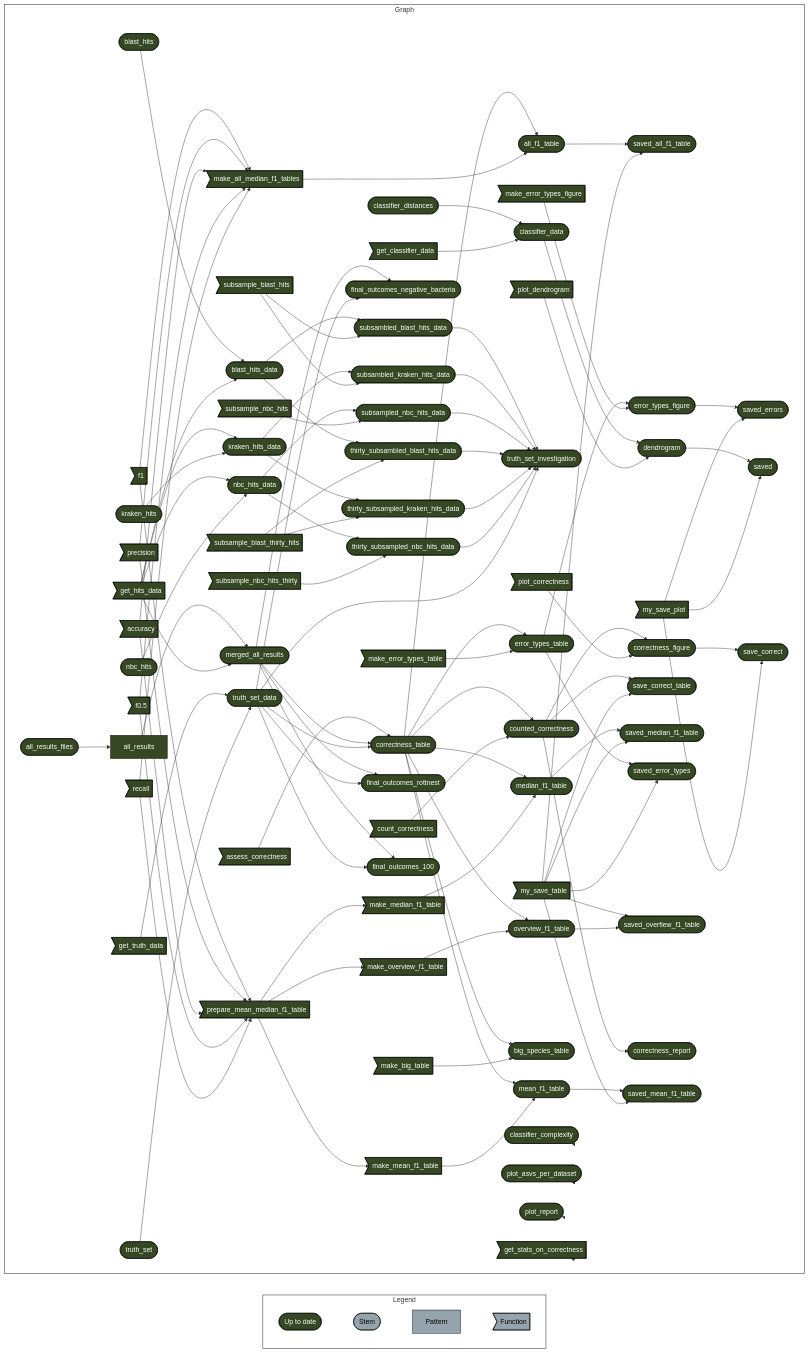
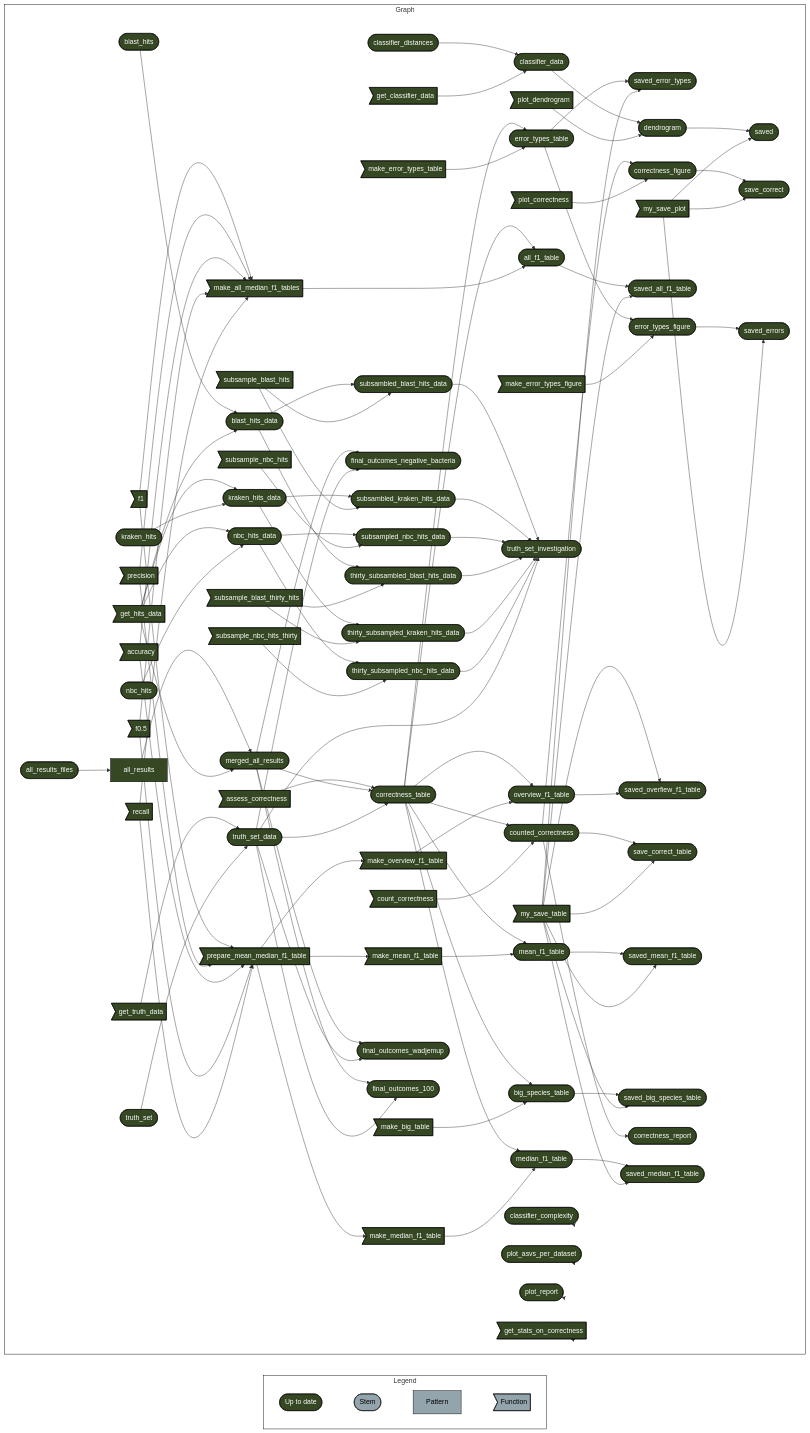
The diagram in README.md (Computational-Biology-OceanOmics/OceanOmics-classifier-comparison), drawn with Mermaid before and after one commit. The commit also changed 2 other files, not shown here.

Commit message:
Update META; rerun pipeline once

````diff
--- a/README.md
+++ b/README.md
@@ -88,29 +88,30 @@
     x226a5ee01d1e3334>"prepare_mean_median_f1_table"]:::uptodate --> xa437480d714ce9cc>"make_median_f1_table"]:::uptodate
     x226a5ee01d1e3334>"prepare_mean_median_f1_table"]:::uptodate --> xe200c5d5f45846d3>"make_overview_f1_table"]:::uptodate
     x226a5ee01d1e3334>"prepare_mean_median_f1_table"]:::uptodate --> xa8d8eda9356629b2>"make_mean_f1_table"]:::uptodate
+    x5f73e2549f58db1c(["correctness_table"]):::uptodate --> x70622bc5282148b6(["median_f1_table"]):::uptodate
+    xa437480d714ce9cc>"make_median_f1_table"]:::uptodate --> x70622bc5282148b6(["median_f1_table"]):::uptodate
+    x4c833e115353960c(["error_types_table"]):::uptodate --> xcc0a806ae560c099(["saved_error_types"]):::uptodate
+    x7c6dfc5f483b8518>"my_save_table"]:::uptodate --> xcc0a806ae560c099(["saved_error_types"]):::uptodate
+    x5f73e2549f58db1c(["correctness_table"]):::uptodate --> xdd2be6b5e9cf648e(["all_f1_table"]):::uptodate
+    xcb93849922a59cf2>"make_all_median_f1_tables"]:::uptodate --> xdd2be6b5e9cf648e(["all_f1_table"]):::uptodate
+    x4c833e115353960c(["error_types_table"]):::uptodate --> xca66a2548aec4c6b(["error_types_figure"]):::uptodate
+    x5b31c06096fd55a4>"make_error_types_figure"]:::uptodate --> xca66a2548aec4c6b(["error_types_figure"]):::uptodate
+    x42612793169637e0(["nbc_hits_data"]):::uptodate --> x25ebbc9fc53b1418(["thirty_subsampled_nbc_hits_data"]):::uptodate
+    x476c8f557e2b0910>"subsample_nbc_hits_thirty"]:::uptodate --> x25ebbc9fc53b1418(["thirty_subsampled_nbc_hits_data"]):::uptodate
     x92e63fc22641faa5(["merged_all_results"]):::uptodate --> xf37c16a7303abc16(["final_outcomes_negative_bacteria"]):::uptodate
     xbdd42ceae2a54d2c(["truth_set_data"]):::uptodate --> xf37c16a7303abc16(["final_outcomes_negative_bacteria"]):::uptodate
-    xf2c68c9c4c5bbbc3(["classifier_distances"]):::uptodate --> x4cbe0500373226c1(["classifier_data"]):::uptodate
-    x8279777903f3f13d>"get_classifier_data"]:::uptodate --> x4cbe0500373226c1(["classifier_data"]):::uptodate
-    xe9d8f2de59f79fa1(["blast_hits_data"]):::uptodate --> xf80ecf3117225a62(["thirty_subsambled_blast_hits_data"]):::uptodate
-    x1f8a2aa3facf1873>"subsample_blast_thirty_hits"]:::uptodate --> xf80ecf3117225a62(["thirty_subsambled_blast_hits_data"]):::uptodate
-    x5f73e2549f58db1c(["correctness_table"]):::uptodate --> xdd2be6b5e9cf648e(["all_f1_table"]):::uptodate
-    xcb93849922a59cf2>"make_all_median_f1_tables"]:::uptodate --> xdd2be6b5e9cf648e(["all_f1_table"]):::uptodate
     x42612793169637e0(["nbc_hits_data"]):::uptodate --> xcc0ae95627a4c782(["subsampled_nbc_hits_data"]):::uptodate
     x7cb45ddc20e499f4>"subsample_nbc_hits"]:::uptodate --> xcc0ae95627a4c782(["subsampled_nbc_hits_data"]):::uptodate
-    x837f996ab35491da>"get_hits_data"]:::uptodate --> x9024d58abea360f6(["kraken_hits_data"]):::uptodate
-    xc4cff7b61e825181(["kraken_hits"]):::uptodate --> x9024d58abea360f6(["kraken_hits_data"]):::uptodate
-    x5f73e2549f58db1c(["correctness_table"]):::uptodate --> x85e99da81e7f8576(["overview_f1_table"]):::uptodate
-    xe200c5d5f45846d3>"make_overview_f1_table"]:::uptodate --> x85e99da81e7f8576(["overview_f1_table"]):::uptodate
-    x9024d58abea360f6(["kraken_hits_data"]):::uptodate --> x9f533bb9ed6cc0bf(["thirty_subsampled_kraken_hits_data"]):::uptodate
-    x1f8a2aa3facf1873>"subsample_blast_thirty_hits"]:::uptodate --> x9f533bb9ed6cc0bf(["thirty_subsampled_kraken_hits_data"]):::uptodate
-    x62f627c2bcc7f4a3>"assess_correctness"]:::uptodate --> x5f73e2549f58db1c(["correctness_table"]):::uptodate
-    x92e63fc22641faa5(["merged_all_results"]):::uptodate --> x5f73e2549f58db1c(["correctness_table"]):::uptodate
-    xbdd42ceae2a54d2c(["truth_set_data"]):::uptodate --> x5f73e2549f58db1c(["correctness_table"]):::uptodate
+    x5f73e2549f58db1c(["correctness_table"]):::uptodate --> x6b25831f1b56a7e8(["big_species_table"]):::uptodate
+    xbb97e5fbae12b8d4>"make_big_table"]:::uptodate --> x6b25831f1b56a7e8(["big_species_table"]):::uptodate
+    x264c7e682ec442b2(["dendrogram"]):::uptodate --> xaf4a1b2829040c15(["saved"]):::uptodate
+    x063d54dad6ed438a>"my_save_plot"]:::uptodate --> xaf4a1b2829040c15(["saved"]):::uptodate
     xdd2be6b5e9cf648e(["all_f1_table"]):::uptodate --> x546082feab63db27(["saved_all_f1_table"]):::uptodate
     x7c6dfc5f483b8518>"my_save_table"]:::uptodate --> x546082feab63db27(["saved_all_f1_table"]):::uptodate
-    x42612793169637e0(["nbc_hits_data"]):::uptodate --> x25ebbc9fc53b1418(["thirty_subsampled_nbc_hits_data"]):::uptodate
-    x476c8f557e2b0910>"subsample_nbc_hits_thirty"]:::uptodate --> x25ebbc9fc53b1418(["thirty_subsampled_nbc_hits_data"]):::uptodate
+    x9024d58abea360f6(["kraken_hits_data"]):::uptodate --> xc4269aa5995e6a3f(["subsambled_kraken_hits_data"]):::uptodate
+    xa731a5475c946be2>"subsample_blast_hits"]:::uptodate --> xc4269aa5995e6a3f(["subsambled_kraken_hits_data"]):::uptodate
+    x5f73e2549f58db1c(["correctness_table"]):::uptodate --> x4c833e115353960c(["error_types_table"]):::uptodate
+    xb05f917768a3a00b>"make_error_types_table"]:::uptodate --> x4c833e115353960c(["error_types_table"]):::uptodate
     x7477a20106b865a4(["subsambled_blast_hits_data"]):::uptodate --> xc7b5a37005176fd4(["truth_set_investigation"]):::uptodate
     xc4269aa5995e6a3f(["subsambled_kraken_hits_data"]):::uptodate --> xc7b5a37005176fd4(["truth_set_investigation"]):::uptodate
     xcc0ae95627a4c782(["subsampled_nbc_hits_data"]):::uptodate --> xc7b5a37005176fd4(["truth_set_investigation"]):::uptodate
@@ -118,56 +119,57 @@
     x9f533bb9ed6cc0bf(["thirty_subsampled_kraken_hits_data"]):::uptodate --> xc7b5a37005176fd4(["truth_set_investigation"]):::uptodate
     x25ebbc9fc53b1418(["thirty_subsampled_nbc_hits_data"]):::uptodate --> xc7b5a37005176fd4(["truth_set_investigation"]):::uptodate
     xbdd42ceae2a54d2c(["truth_set_data"]):::uptodate --> xc7b5a37005176fd4(["truth_set_investigation"]):::uptodate
+    x8c50ad78daae7d7d(["correctness_figure"]):::uptodate --> x962124a214cc566f(["save_correct"]):::uptodate
+    x063d54dad6ed438a>"my_save_plot"]:::uptodate --> x962124a214cc566f(["save_correct"]):::uptodate
+    xf2c68c9c4c5bbbc3(["classifier_distances"]):::uptodate --> x4cbe0500373226c1(["classifier_data"]):::uptodate
+    x8279777903f3f13d>"get_classifier_data"]:::uptodate --> x4cbe0500373226c1(["classifier_data"]):::uptodate
     xca66a2548aec4c6b(["error_types_figure"]):::uptodate --> x10a7fb6eb6bfb12a(["saved_errors"]):::uptodate
     x063d54dad6ed438a>"my_save_plot"]:::uptodate --> x10a7fb6eb6bfb12a(["saved_errors"]):::uptodate
+    xc65a25d9d96e8f7c(["blast_hits"]):::uptodate --> xe9d8f2de59f79fa1(["blast_hits_data"]):::uptodate
+    x837f996ab35491da>"get_hits_data"]:::uptodate --> xe9d8f2de59f79fa1(["blast_hits_data"]):::uptodate
+    x837f996ab35491da>"get_hits_data"]:::uptodate --> x42612793169637e0(["nbc_hits_data"]):::uptodate
+    x5117ea88dbd5add2(["nbc_hits"]):::uptodate --> x42612793169637e0(["nbc_hits_data"]):::uptodate
+    x837f996ab35491da>"get_hits_data"]:::uptodate --> x9024d58abea360f6(["kraken_hits_data"]):::uptodate
+    xc4cff7b61e825181(["kraken_hits"]):::uptodate --> x9024d58abea360f6(["kraken_hits_data"]):::uptodate
+    x7c6dfc5f483b8518>"my_save_table"]:::uptodate --> xff3167e163a38079(["saved_overfiew_f1_table"]):::uptodate
+    x85e99da81e7f8576(["overview_f1_table"]):::uptodate --> xff3167e163a38079(["saved_overfiew_f1_table"]):::uptodate
+    x2ff9bf2efd8ea8fa(["all_results_files"]):::uptodate --> xa63f30966279f049["all_results"]:::uptodate
+    x0fe0b162e5f2d977(["counted_correctness"]):::uptodate --> x378df8f1e0d25e26(["save_correct_table"]):::uptodate
+    x7c6dfc5f483b8518>"my_save_table"]:::uptodate --> x378df8f1e0d25e26(["save_correct_table"]):::uptodate
+    x5f73e2549f58db1c(["correctness_table"]):::uptodate --> x0fe0b162e5f2d977(["counted_correctness"]):::uptodate
+    x057c70bd2d39499f>"count_correctness"]:::uptodate --> x0fe0b162e5f2d977(["counted_correctness"]):::uptodate
+    x5f73e2549f58db1c(["correctness_table"]):::uptodate --> xfa1577f5d32df900(["mean_f1_table"]):::uptodate
+    xa8d8eda9356629b2>"make_mean_f1_table"]:::uptodate --> xfa1577f5d32df900(["mean_f1_table"]):::uptodate
+    xa63f30966279f049["all_results"]:::uptodate --> x92e63fc22641faa5(["merged_all_results"]):::uptodate
+    x837f996ab35491da>"get_hits_data"]:::uptodate --> x92e63fc22641faa5(["merged_all_results"]):::uptodate
+    xfa1577f5d32df900(["mean_f1_table"]):::uptodate --> x9f2fe98d5fbf15c0(["saved_mean_f1_table"]):::uptodate
+    x7c6dfc5f483b8518>"my_save_table"]:::uptodate --> x9f2fe98d5fbf15c0(["saved_mean_f1_table"]):::uptodate
+    xe9d8f2de59f79fa1(["blast_hits_data"]):::uptodate --> xf80ecf3117225a62(["thirty_subsambled_blast_hits_data"]):::uptodate
+    x1f8a2aa3facf1873>"subsample_blast_thirty_hits"]:::uptodate --> xf80ecf3117225a62(["thirty_subsambled_blast_hits_data"]):::uptodate
+    x544a22aeaed1b2e4>"get_truth_data"]:::uptodate --> xbdd42ceae2a54d2c(["truth_set_data"]):::uptodate
+    x70199d3b1152e374(["truth_set"]):::uptodate --> xbdd42ceae2a54d2c(["truth_set_data"]):::uptodate
+    x5f73e2549f58db1c(["correctness_table"]):::uptodate --> x85e99da81e7f8576(["overview_f1_table"]):::uptodate
+    xe200c5d5f45846d3>"make_overview_f1_table"]:::uptodate --> x85e99da81e7f8576(["overview_f1_table"]):::uptodate
+    x92e63fc22641faa5(["merged_all_results"]):::uptodate --> xbbad7e56e1d5471e(["final_outcomes_wadjemup"]):::uptodate
+    xbdd42ceae2a54d2c(["truth_set_data"]):::uptodate --> xbbad7e56e1d5471e(["final_outcomes_wadjemup"]):::uptodate
     x0fe0b162e5f2d977(["counted_correctness"]):::uptodate --> x8c50ad78daae7d7d(["correctness_figure"]):::uptodate
     x5071aff9d46fc375>"plot_correctness"]:::uptodate --> x8c50ad78daae7d7d(["correctness_figure"]):::uptodate
-    xa63f30966279f049["all_results"]:::uptodate --> x92e63fc22641faa5(["merged_all_results"]):::uptodate
-    x837f996ab35491da>"get_hits_data"]:::uptodate --> x92e63fc22641faa5(["merged_all_results"]):::uptodate
-    x544a22aeaed1b2e4>"get_truth_data"]:::uptodate --> xbdd42ceae2a54d2c(["truth_set_data"]):::uptodate
-    x70199d3b1152e374(["truth_set"]):::uptodate --> xbdd42ceae2a54d2c(["truth_set_data"]):::uptodate
-    x264c7e682ec442b2(["dendrogram"]):::uptodate --> xaf4a1b2829040c15(["saved"]):::uptodate
-    x063d54dad6ed438a>"my_save_plot"]:::uptodate --> xaf4a1b2829040c15(["saved"]):::uptodate
-    x92e63fc22641faa5(["merged_all_results"]):::uptodate --> xb55a8ff957ab9650(["final_outcomes_rottnest"]):::uptodate
-    xbdd42ceae2a54d2c(["truth_set_data"]):::uptodate --> xb55a8ff957ab9650(["final_outcomes_rottnest"]):::uptodate
-    xc65a25d9d96e8f7c(["blast_hits"]):::uptodate --> xe9d8f2de59f79fa1(["blast_hits_data"]):::uptodate
-    x837f996ab35491da>"get_hits_data"]:::uptodate --> xe9d8f2de59f79fa1(["blast_hits_data"]):::uptodate
-    x0fe0b162e5f2d977(["counted_correctness"]):::uptodate --> x378df8f1e0d25e26(["save_correct_table"]):::uptodate
-    x7c6dfc5f483b8518>"my_save_table"]:::uptodate --> x378df8f1e0d25e26(["save_correct_table"]):::uptodate
+    x4cbe0500373226c1(["classifier_data"]):::uptodate --> x264c7e682ec442b2(["dendrogram"]):::uptodate
+    x994946b41121bfa6>"plot_dendrogram"]:::uptodate --> x264c7e682ec442b2(["dendrogram"]):::uptodate
+    x9024d58abea360f6(["kraken_hits_data"]):::uptodate --> x9f533bb9ed6cc0bf(["thirty_subsampled_kraken_hits_data"]):::uptodate
+    x1f8a2aa3facf1873>"subsample_blast_thirty_hits"]:::uptodate --> x9f533bb9ed6cc0bf(["thirty_subsampled_kraken_hits_data"]):::uptodate
+    x6b25831f1b56a7e8(["big_species_table"]):::uptodate --> x86b8e425760310c5(["saved_big_species_table"]):::uptodate
+    x7c6dfc5f483b8518>"my_save_table"]:::uptodate --> x86b8e425760310c5(["saved_big_species_table"]):::uptodate
+    x0fe0b162e5f2d977(["counted_correctness"]):::uptodate --> x74212a93ce53aa32(["correctness_report"]):::uptodate
+    x92e63fc22641faa5(["merged_all_results"]):::uptodate --> x4c3c668f02e94ea5(["final_outcomes_100"]):::uptodate
+    xbdd42ceae2a54d2c(["truth_set_data"]):::uptodate --> x4c3c668f02e94ea5(["final_outcomes_100"]):::uptodate
+    xe9d8f2de59f79fa1(["blast_hits_data"]):::uptodate --> x7477a20106b865a4(["subsambled_blast_hits_data"]):::uptodate
+    xa731a5475c946be2>"subsample_blast_hits"]:::uptodate --> x7477a20106b865a4(["subsambled_blast_hits_data"]):::uptodate
+    x62f627c2bcc7f4a3>"assess_correctness"]:::uptodate --> x5f73e2549f58db1c(["correctness_table"]):::uptodate
+    x92e63fc22641faa5(["merged_all_results"]):::uptodate --> x5f73e2549f58db1c(["correctness_table"]):::uptodate
+    xbdd42ceae2a54d2c(["truth_set_data"]):::uptodate --> x5f73e2549f58db1c(["correctness_table"]):::uptodate
     x70622bc5282148b6(["median_f1_table"]):::uptodate --> xa9d595dde94cca52(["saved_median_f1_table"]):::uptodate
     x7c6dfc5f483b8518>"my_save_table"]:::uptodate --> xa9d595dde94cca52(["saved_median_f1_table"]):::uptodate
-    x4c833e115353960c(["error_types_table"]):::uptodate --> xcc0a806ae560c099(["saved_error_types"]):::uptodate
-    x7c6dfc5f483b8518>"my_save_table"]:::uptodate --> xcc0a806ae560c099(["saved_error_types"]):::uptodate
-    x5f73e2549f58db1c(["correctness_table"]):::uptodate --> x70622bc5282148b6(["median_f1_table"]):::uptodate
-    xa437480d714ce9cc>"make_median_f1_table"]:::uptodate --> x70622bc5282148b6(["median_f1_table"]):::uptodate
-    x837f996ab35491da>"get_hits_data"]:::uptodate --> x42612793169637e0(["nbc_hits_data"]):::uptodate
-    x5117ea88dbd5add2(["nbc_hits"]):::uptodate --> x42612793169637e0(["nbc_hits_data"]):::uptodate
-    x9024d58abea360f6(["kraken_hits_data"]):::uptodate --> xc4269aa5995e6a3f(["subsambled_kraken_hits_data"]):::uptodate
-    xa731a5475c946be2>"subsample_blast_hits"]:::uptodate --> xc4269aa5995e6a3f(["subsambled_kraken_hits_data"]):::uptodate
-    x2ff9bf2efd8ea8fa(["all_results_files"]):::uptodate --> xa63f30966279f049["all_results"]:::uptodate
-    x5f73e2549f58db1c(["correctness_table"]):::uptodate --> xfa1577f5d32df900(["mean_f1_table"]):::uptodate
-    xa8d8eda9356629b2>"make_mean_f1_table"]:::uptodate --> xfa1577f5d32df900(["mean_f1_table"]):::uptodate
-    x7c6dfc5f483b8518>"my_save_table"]:::uptodate --> xff3167e163a38079(["saved_overfiew_f1_table"]):::uptodate
-    x85e99da81e7f8576(["overview_f1_table"]):::uptodate --> xff3167e163a38079(["saved_overfiew_f1_table"]):::uptodate
-    xe9d8f2de59f79fa1(["blast_hits_data"]):::uptodate --> x7477a20106b865a4(["subsambled_blast_hits_data"]):::uptodate
-    xa731a5475c946be2>"subsample_blast_hits"]:::uptodate --> x7477a20106b865a4(["subsambled_blast_hits_data"]):::uptodate
-    x5f73e2549f58db1c(["correctness_table"]):::uptodate --> x0fe0b162e5f2d977(["counted_correctness"]):::uptodate
-    x057c70bd2d39499f>"count_correctness"]:::uptodate --> x0fe0b162e5f2d977(["counted_correctness"]):::uptodate
-    x92e63fc22641faa5(["merged_all_results"]):::uptodate --> x4c3c668f02e94ea5(["final_outcomes_100"]):::uptodate
-    xbdd42ceae2a54d2c(["truth_set_data"]):::uptodate --> x4c3c668f02e94ea5(["final_outcomes_100"]):::uptodate
-    x5f73e2549f58db1c(["correctness_table"]):::uptodate --> x4c833e115353960c(["error_types_table"]):::uptodate
-    xb05f917768a3a00b>"make_error_types_table"]:::uptodate --> x4c833e115353960c(["error_types_table"]):::uptodate
-    x4c833e115353960c(["error_types_table"]):::uptodate --> xca66a2548aec4c6b(["error_types_figure"]):::uptodate
-    x5b31c06096fd55a4>"make_error_types_figure"]:::uptodate --> xca66a2548aec4c6b(["error_types_figure"]):::uptodate
-    x0fe0b162e5f2d977(["counted_correctness"]):::uptodate --> x74212a93ce53aa32(["correctness_report"]):::uptodate
-    x8c50ad78daae7d7d(["correctness_figure"]):::uptodate --> x962124a214cc566f(["save_correct"]):::uptodate
-    x063d54dad6ed438a>"my_save_plot"]:::uptodate --> x962124a214cc566f(["save_correct"]):::uptodate
-    x5f73e2549f58db1c(["correctness_table"]):::uptodate --> x6b25831f1b56a7e8(["big_species_table"]):::uptodate
-    xbb97e5fbae12b8d4>"make_big_table"]:::uptodate --> x6b25831f1b56a7e8(["big_species_table"]):::uptodate
-    xfa1577f5d32df900(["mean_f1_table"]):::uptodate --> x9f2fe98d5fbf15c0(["saved_mean_f1_table"]):::uptodate
-    x7c6dfc5f483b8518>"my_save_table"]:::uptodate --> x9f2fe98d5fbf15c0(["saved_mean_f1_table"]):::uptodate
-    x4cbe0500373226c1(["classifier_data"]):::uptodate --> x264c7e682ec442b2(["dendrogram"]):::uptodate
-    x994946b41121bfa6>"plot_dendrogram"]:::uptodate --> x264c7e682ec442b2(["dendrogram"]):::uptodate
     x801b32f234e20cdc(["classifier_complexity"]):::uptodate --> x801b32f234e20cdc(["classifier_complexity"]):::uptodate
     xe40955de534d0cf1(["plot_asvs_per_dataset"]):::uptodate --> xe40955de534d0cf1(["plot_asvs_per_dataset"]):::uptodate
     xbf5ac67708da2696(["plot_report"]):::uptodate --> xbf5ac67708da2696(["plot_report"]):::uptodate
@@ -178,8 +180,8 @@
   linkStyle 0 stroke-width:0px;
   linkStyle 1 stroke-width:0px;
   linkStyle 2 stroke-width:0px;
-  linkStyle 96 stroke-width:0px;
-  linkStyle 97 stroke-width:0px;
   linkStyle 98 stroke-width:0px;
   linkStyle 99 stroke-width:0px;
+  linkStyle 100 stroke-width:0px;
+  linkStyle 101 stroke-width:0px;
 ```
````
